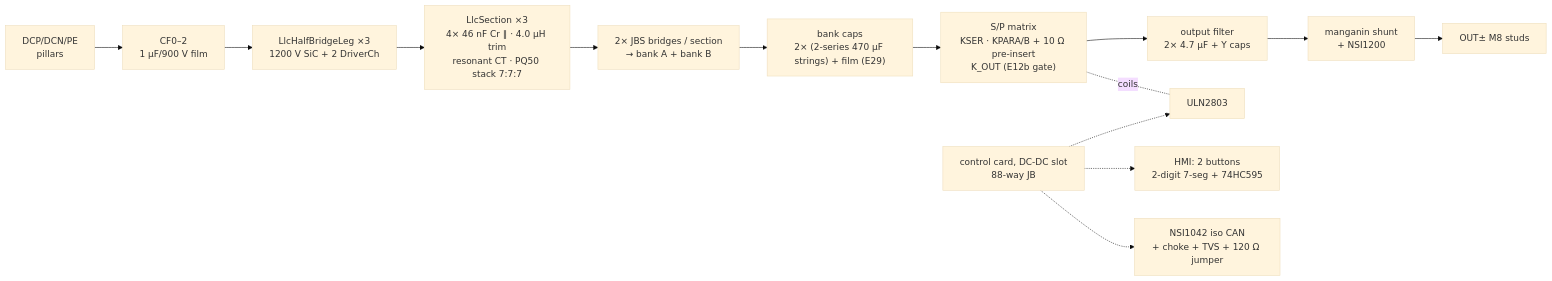
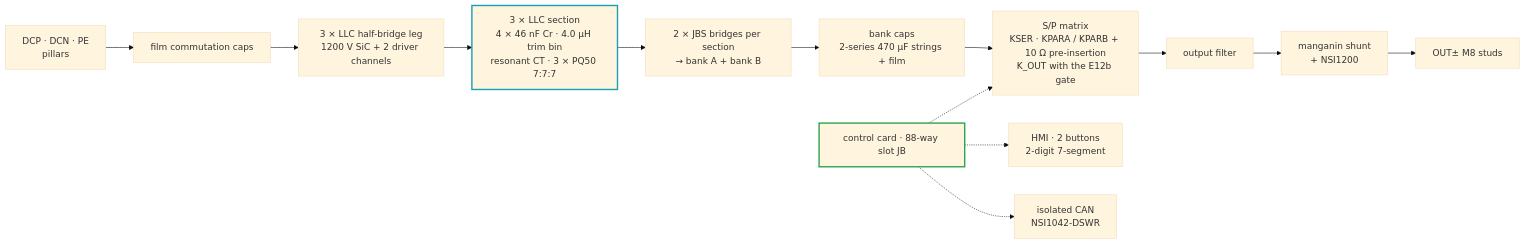
One commit to vectivolt/DC-Modules changed the second of 2 diagrams in boards/30kw/README.md. Above: the diagram before and after it, drawn with Mermaid (base theme). The commit also changed other lines of this file and 98 other files, not shown here.

````diff
--- a/boards/30kw/README.md
+++ b/boards/30kw/README.md
@@ -59,14 +61,15 @@
 ```mermaid
 flowchart LR
-  ST["DCP/DCN/PE<br/>pillars"] --> CF["CF0–2<br/>1 µF/900 V film"]
-  CF --> L1["LlcHalfBridgeLeg ×3<br/>1200 V SiC + 2 DriverCh"]
-  L1 --> TK["LlcSection ×3<br/>4× 46 nF Cr ∥ · 4.0 µH trim<br/>resonant CT · PQ50 stack 7:7:7"]
-  TK --> BR["2× JBS bridges / section<br/>→ bank A + bank B"]
-  BR --> BC["bank caps<br/>2× (2-series 470 µF strings) + film (E29)"]
-  BC --> SP["S/P matrix<br/>KSER · KPARA/B + 10 Ω pre-insert<br/>K_OUT (E12b gate)"]
-  SP --> OF["output filter<br/>2× 4.7 µF + Y caps"] --> SH["manganin shunt<br/>+ NSI1200"] --> OUT["OUT± M8 studs"]
-  SP -.coils.- ULN["ULN2803"]
-  MCU2["control card, DC-DC slot<br/>88-way JB"] -.-> ULN
-  MCU2 -.-> HMI["HMI: 2 buttons<br/>2-digit 7-seg + 74HC595"]
-  MCU2 -.-> CAN["NSI1042 iso CAN<br/>+ choke + TVS + 120 Ω jumper"]
+  ST["DCP · DCN · PE<br/>pillars"] --> CF["film commutation caps"]
+  CF --> L1["3 × LLC half-bridge leg<br/>1200 V SiC + 2 driver channels"]
+  L1 --> TK["3 × LLC section<br/>4 × 46 nF Cr · 4.0 µH trim bin<br/>resonant CT · 3 × PQ50 7:7:7"]
+  TK --> BR["2 × JBS bridges per section<br/>→ bank A + bank B"]
+  BR --> BC["bank caps<br/>2-series 470 µF strings + film"]
+  BC --> SP["S/P matrix<br/>KSER · KPARA / KPARB + 10 Ω pre-insertion<br/>K_OUT with the E12b gate"]
+  SP --> OF["output filter"] --> SH["manganin shunt<br/>+ NSI1200"] --> OUT["OUT± M8 studs"]
+  CARD["control card · 88-way slot JB"] -.-> SP
+  CARD -.-> HMI["HMI · 2 buttons<br/>2-digit 7-segment"]
+  CARD -.-> CAN["isolated CAN<br/>NSI1042-DSWR"]
+  style TK stroke:#1a9fb3,stroke-width:2.5px
+  style CARD stroke:#2ea44f,stroke-width:2.5px
 ```
````
